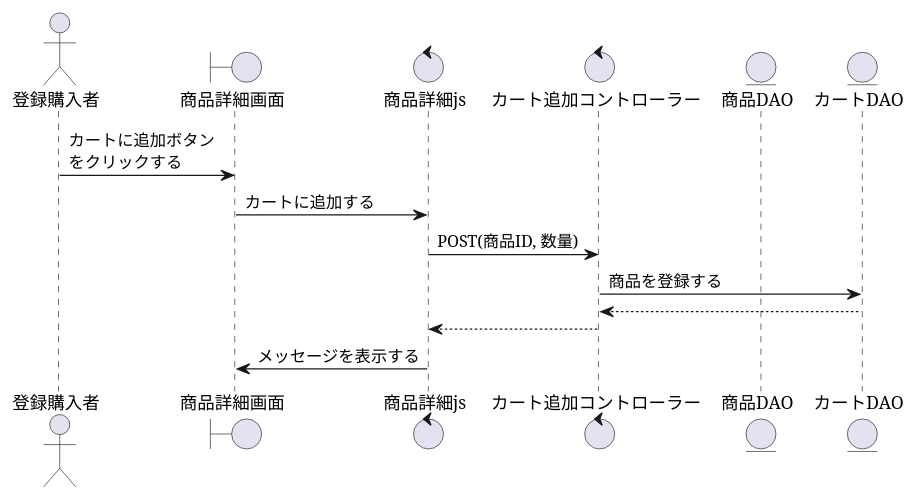
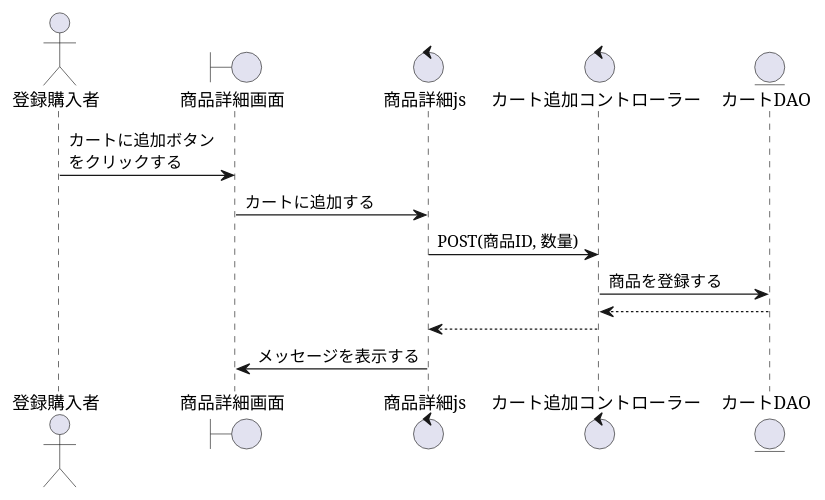
The diagram in PJ_シーケンス/購入者/カートに追加.wsd (SK-B-S/PJ), drawn with PlantUML before and after one commit. The commit also changed 10 other files, not shown here.

```diff
--- a/PJ_シーケンス/購入者/カートに追加.wsd
+++ b/PJ_シーケンス/購入者/カートに追加.wsd
@@ -1,20 +1,19 @@
 @startuml カートに追加
 
 actor    "登録購入者" as act
 boundary "商品詳細画面" as product_details_s
 control "商品詳細js" as js
 control  "カート追加コントローラー" as cart_add
-entity   "商品DAO" as product_details
 entity   "カートDAO" as cart
 
 '-------------------------------------------------------------------------------------------
 
 act -> product_details_s : カートに追加ボタン\nをクリックする
 product_details_s -> js : カートに追加する
 js -> cart_add : POST(商品ID, 数量)
 cart_add -> cart : 商品を登録する
 cart_add <-- cart
 cart_add --> js
 js -> product_details_s : メッセージを表示する
 
 @enduml
```
